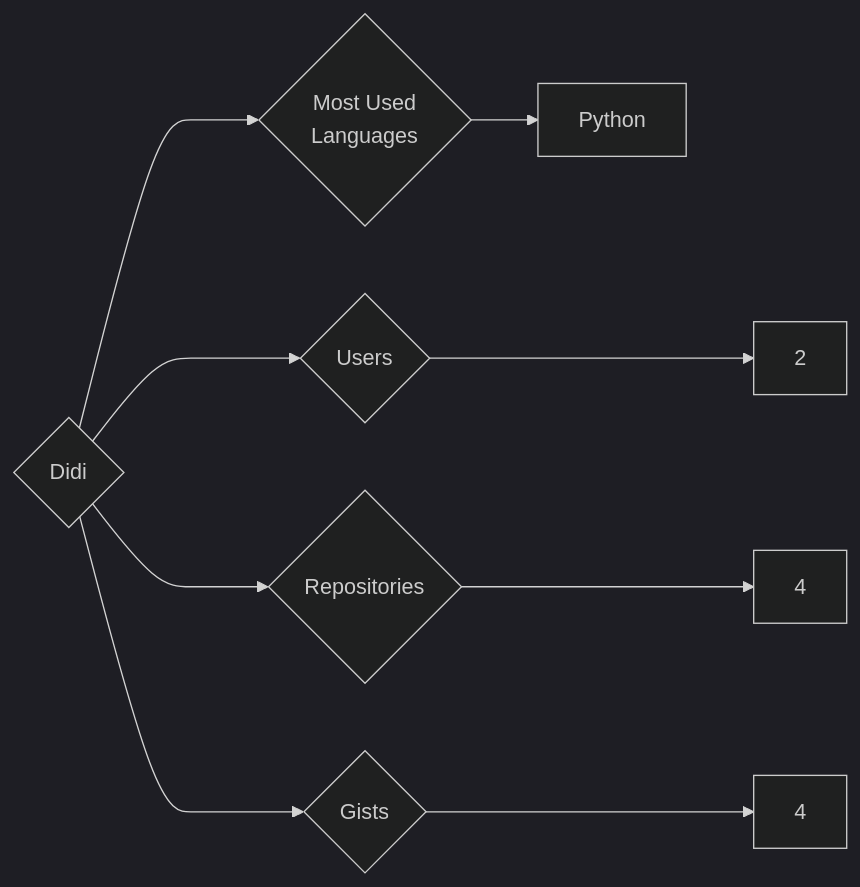
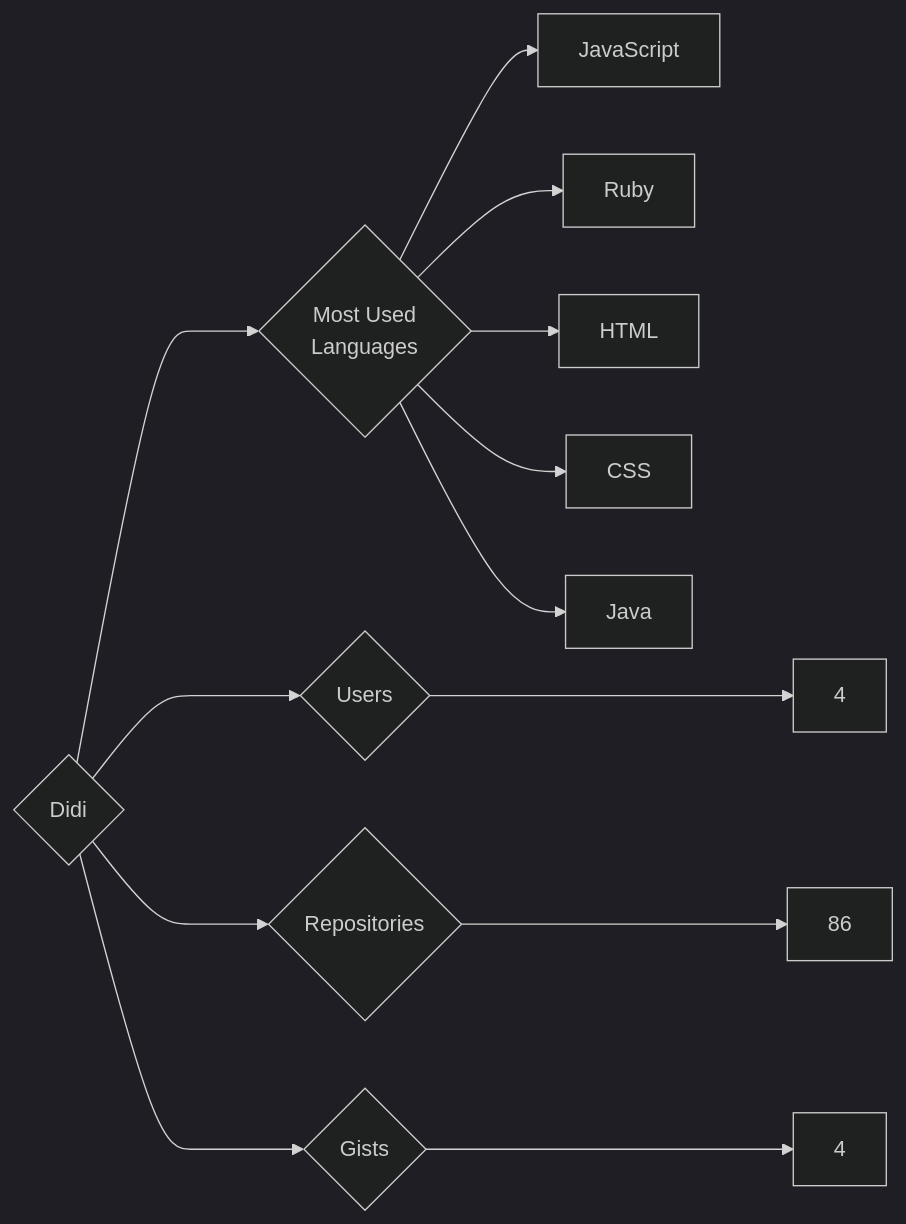
Before and after one commit to trickest/insiders: the diagram in targets/Didi/README.md, drawn with Mermaid (dark theme). The commit also changed 880 other files, not shown here.

````diff
--- a/targets/Didi/README.md
+++ b/targets/Didi/README.md
@@ -3,9 +3,13 @@
 ```mermaid
 graph LR
 COMPANY_NAME{Didi}
-COMPANY_NAME ---> U{Users} ---> UN[2]
-COMPANY_NAME ---> R{Repositories} ---> RN[4]
+COMPANY_NAME ---> U{Users} ---> UN[4]
+COMPANY_NAME ---> R{Repositories} ---> RN[86]
 COMPANY_NAME ---> G{Gists} ---> GN[4]
 COMPANY_NAME ---> ML{Most Used<br>Languages}
-ML --> Python[Python]
+ML --> JavaScript[JavaScript]
+ML --> Ruby[Ruby]
+ML --> HTML[HTML]
+ML --> CSS[CSS]
+ML --> Java[Java]
 ```
````
